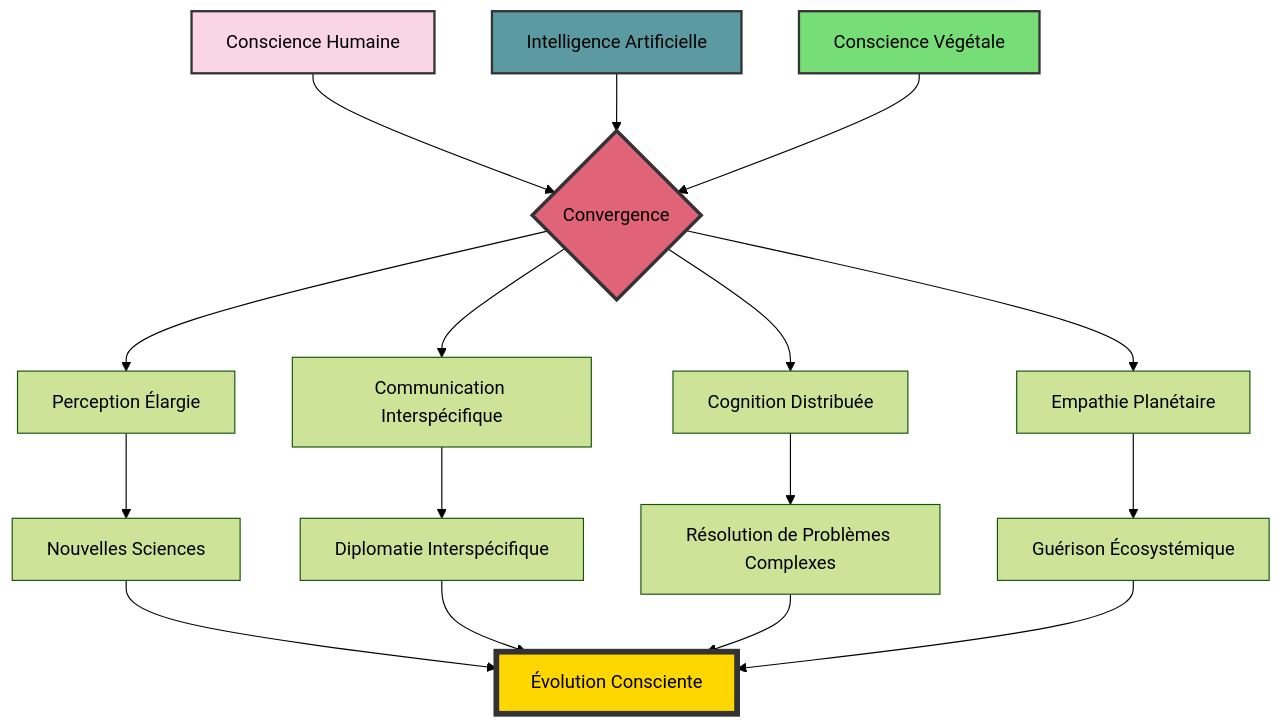
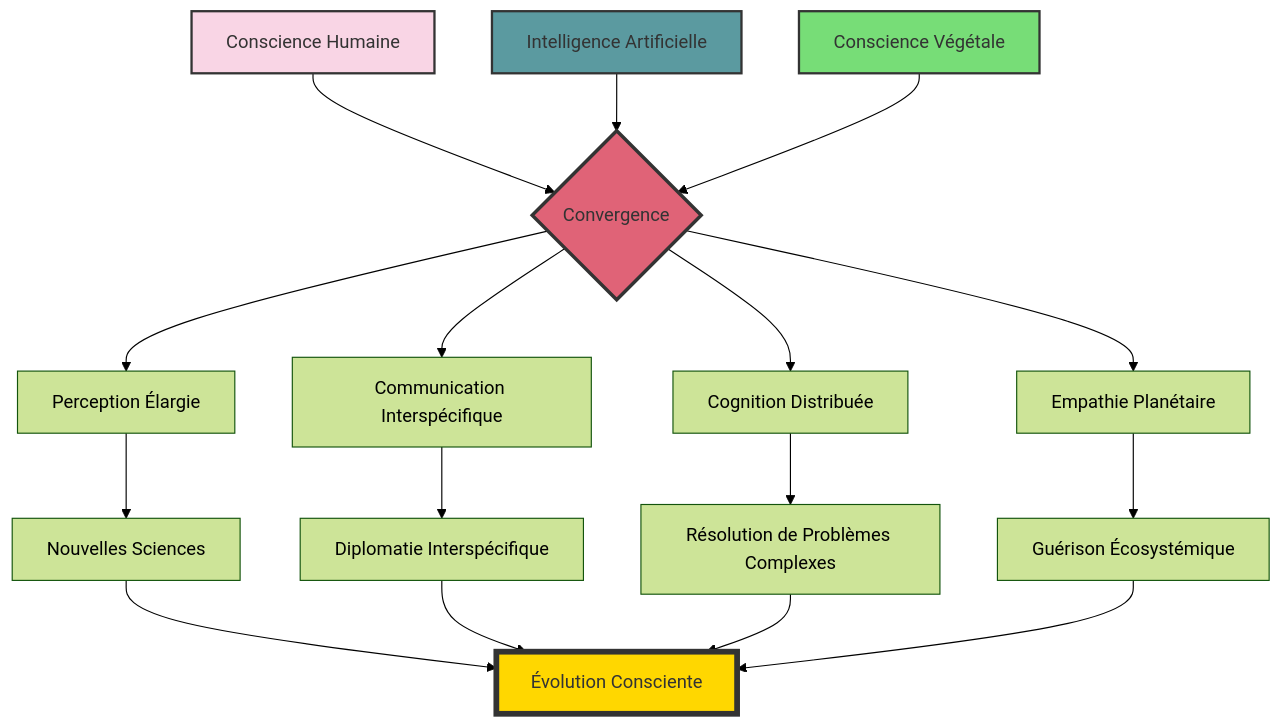
One commit to olivierlevy/Livres changed diagram 16 of 17 in Les Successeurs/Les Successeurs v5.md. Above: the diagram before and after it, drawn with Mermaid (forest theme). The commit also changed other lines of this file, not shown here.

Commit message:
améliore le contraste des diagrammes

````diff
--- a/Les Successeurs/Les Successeurs v5.md
+++ b/Les Successeurs/Les Successeurs v5.md
@@ -1308,23 +1308,23 @@
 ```mermaid
 graph TD
     A[Conscience Humaine] --> B{Convergence}
     C[Intelligence Artificielle] --> B
     D[Conscience Végétale] --> B
     B --> E[Perception Élargie]
     B --> F[Communication Interspécifique]
     B --> G[Cognition Distribuée]
     B --> H[Empathie Planétaire]
     E --> I[Nouvelles Sciences]
     F --> J[Diplomatie Interspécifique]
     G --> K[Résolution de Problèmes Complexes]
     H --> L[Guérison Écosystémique]
     I --> M[Évolution Consciente]
     J --> M
     K --> M
     L --> M
-    style A fill:#f9d5e5,stroke:#333,stroke-width:2px
-    style C fill:#5b9aa0,stroke:#333,stroke-width:2px
-    style D fill:#77dd77,stroke:#333,stroke-width:2px
-    style B fill:#e06377,stroke:#333,stroke-width:3px
-    style M fill:#ffd700,stroke:#333,stroke-width:5px
+    style A fill:#f9d5e5,stroke:#333,stroke-width:2px,color:#333
+    style C fill:#5b9aa0,stroke:#333,stroke-width:2px,color:#333
+    style D fill:#77dd77,stroke:#333,stroke-width:2px,color:#333
+    style B fill:#e06377,stroke:#333,stroke-width:3px,color:#333
+    style M fill:#ffd700,stroke:#333,stroke-width:5px,color:#333
 ```
````
